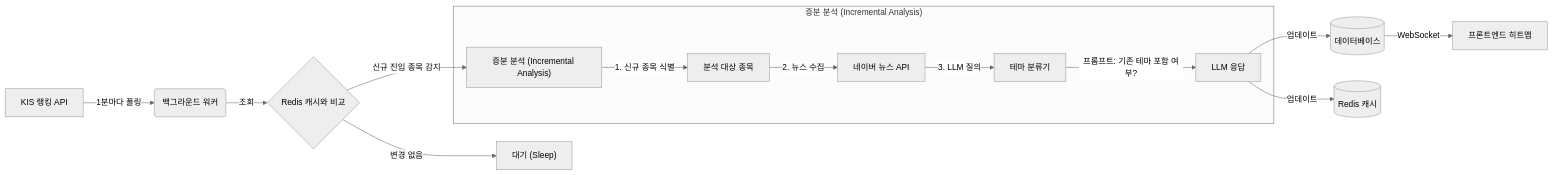
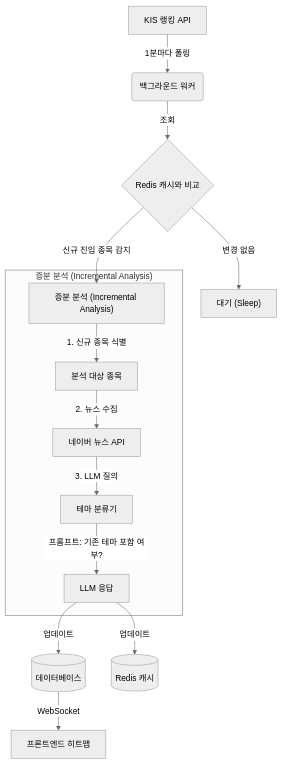
One commit to jse8406/Analyze-stock-themes changed the diagram in docs/realtime_sync.md. Above: the diagram before and after it, drawn with Mermaid (neutral theme).

Commit message:
CHORE : flowchart 수정

````diff
--- a/docs/realtime_sync.md
+++ b/docs/realtime_sync.md
@@ -8,18 +8,18 @@
 ```mermaid
-graph LR
+graph TD
     A["KIS 랭킹 API"] -->|"1분마다 폴링"| B("백그라운드 워커");
     B -->|"조회"| C{"Redis 캐시와 비교"};
     C -->|"변경 없음"| D["대기 (Sleep)"];
     C -->|"신규 진입 종목 감지"| E["증분 분석 (Incremental Analysis)"];
     
     subgraph "증분 분석 (Incremental Analysis)"
         E -->|"1. 신규 종목 식별"| F["분석 대상 종목"];
         F -->|"2. 뉴스 수집"| G["네이버 뉴스 API"];
         G -->|"3. LLM 질의"| H["테마 분류기"];
         H -->|"프롬프트: 기존 테마 포함 여부?"| I["LLM 응답"];
     end
     
     I -->|"업데이트"| J[("데이터베이스")];
     I -->|"업데이트"| K[("Redis 캐시")];
     J -->|"WebSocket"| L["프론트엔드 히트맵"];
 ```
````
